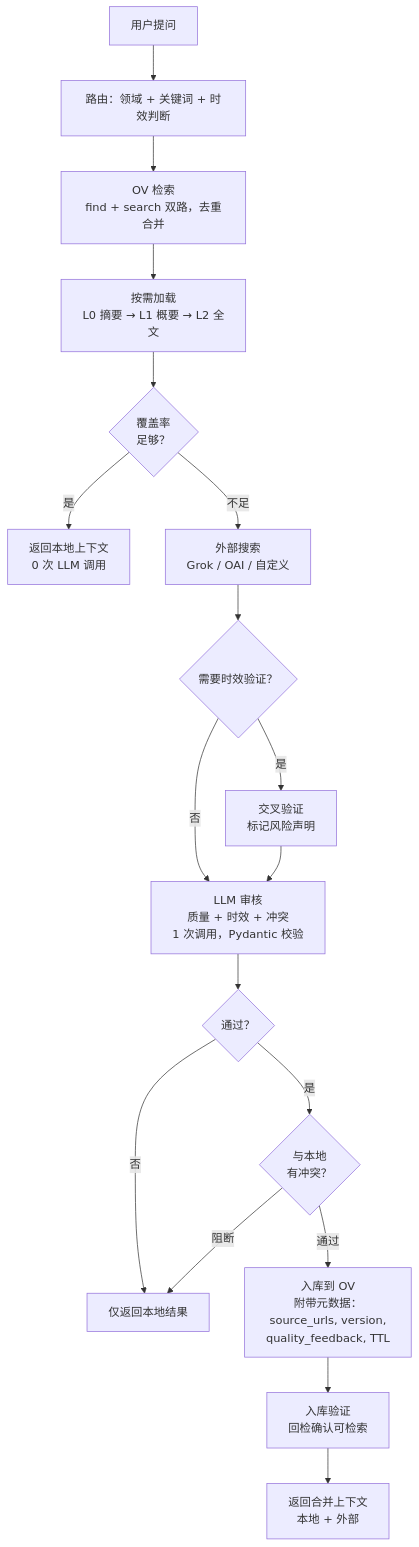
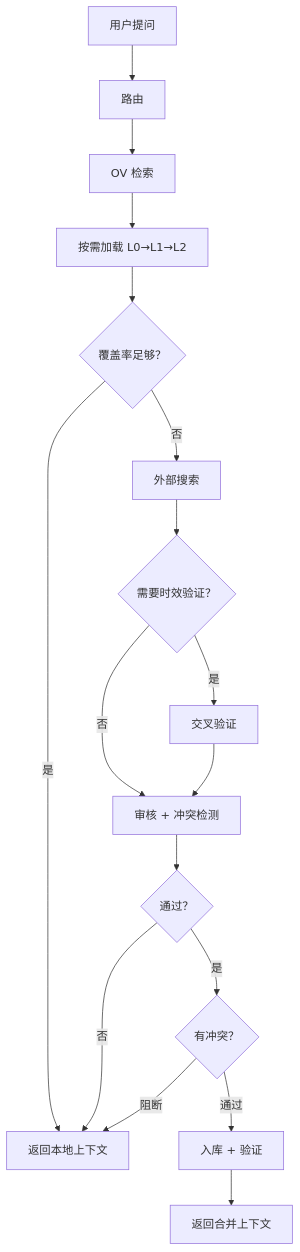
One commit to ponsde/OpenViking_Curator changed the diagram in README_CN.md. Above: the diagram before and after it, drawn with Mermaid. The commit also changed other lines of this file and 2 other files, not shown here.

Commit message:
docs: rewrite README with compact Mermaid, Grok-first config, troubleshooting, accurate feature list

````diff
--- a/README_CN.md
+++ b/README_CN.md
@@ -12,20 +12,19 @@
 ```mermaid
 flowchart TD
-    Q[用户提问] --> R[路由：领域 + 关键词 + 时效判断]
-    R --> OV[OV 检索<br/>find + search 双路，去重合并]
-    OV --> L[按需加载<br/>L0 摘要 → L1 概要 → L2 全文]
-    L --> COV{覆盖率<br/>足够？}
-    COV -- 是 --> RET[返回本地上下文<br/>0 次 LLM 调用]
-    COV -- 不足 --> EXT[外部搜索<br/>Grok / OAI / 自定义]
-    EXT --> CV{需要时效验证？}
-    CV -- 是 --> CROSS[交叉验证<br/>标记风险声明]
-    CV -- 否 --> JUDGE
-    CROSS --> JUDGE[LLM 审核<br/>质量 + 时效 + 冲突<br/>1 次调用，Pydantic 校验]
-    JUDGE --> PASS{通过？}
-    PASS -- 否 --> RET2[仅返回本地结果]
-    PASS -- 是 --> CONFLICT{与本地<br/>有冲突？}
-    CONFLICT -- 阻断 --> RET2
-    CONFLICT -- 通过 --> ING[入库到 OV<br/>附带元数据：<br/>source_urls, version,<br/>quality_feedback, TTL]
-    ING --> VERIFY[入库验证<br/>回检确认可检索]
-    VERIFY --> RET3[返回合并上下文<br/>本地 + 外部]
+    Q[用户提问] --> R[路由]
+    R --> OV[OV 检索]
+    OV --> L[按需加载 L0→L1→L2]
+    L --> COV{覆盖率足够？}
+    COV -- 是 --> OUT1[返回本地上下文]
+    COV -- 否 --> EXT[外部搜索]
+    EXT --> F{需要时效验证？}
+    F -- 是 --> CV[交叉验证]
+    F -- 否 --> J
+    CV --> J[审核 + 冲突检测]
+    J --> P{通过？}
+    P -- 否 --> OUT1
+    P -- 是 --> C{有冲突？}
+    C -- 阻断 --> OUT1
+    C -- 通过 --> ING[入库 + 验证]
+    ING --> OUT2[返回合并上下文]
 ```
````
